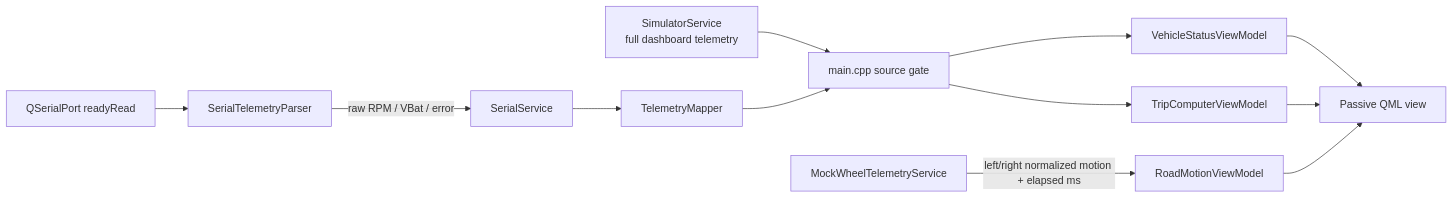
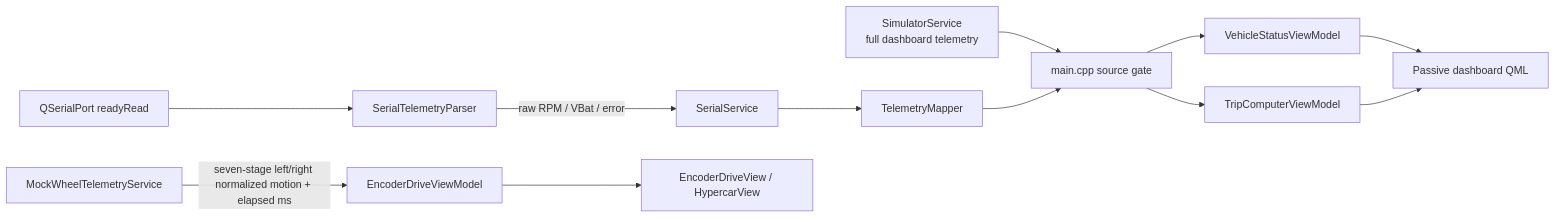
The diagram in docs/architecture.md (BUITANHUNG0411/CyberDash-STM32), drawn with Mermaid before and after one commit. The commit also changed other lines of this file and 7 other files, not shown here.

Commit message:
docs: record encoder-driven hypercar scene

````diff
--- a/docs/architecture.md
+++ b/docs/architecture.md
@@ -29,14 +29,14 @@
 ```mermaid
 flowchart LR
     Simulator[SimulatorService<br/>full dashboard telemetry] --> Main[main.cpp source gate]
     Port[QSerialPort readyRead] --> Parser[SerialTelemetryParser]
     Parser -->|raw RPM / VBat / error| Serial[SerialService]
     Serial --> Mapper[TelemetryMapper]
     Mapper --> Main
     Main --> Status[VehicleStatusViewModel]
     Main --> Trip[TripComputerViewModel]
-    MockWheel[MockWheelTelemetryService] -->|left/right normalized motion + elapsed ms| Road[RoadMotionViewModel]
-    Status --> QML[Passive QML view]
-    Trip --> QML
-    Road --> QML
+    MockWheel[MockWheelTelemetryService] -->|seven-stage left/right normalized motion + elapsed ms| Drive[EncoderDriveViewModel]
+    Status --> DashboardQML[Passive dashboard QML]
+    Trip --> DashboardQML
+    Drive --> EncoderQML[EncoderDriveView / HypercarView]
 ```
````
